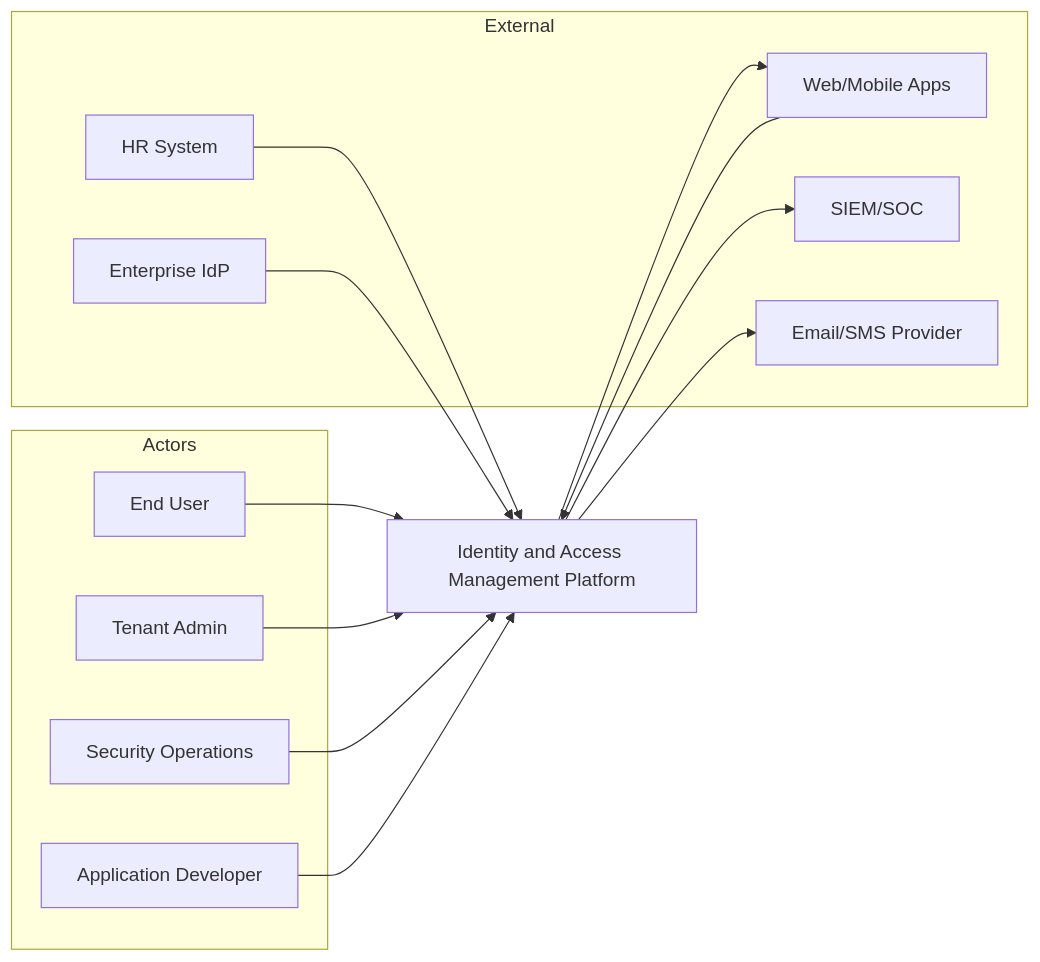
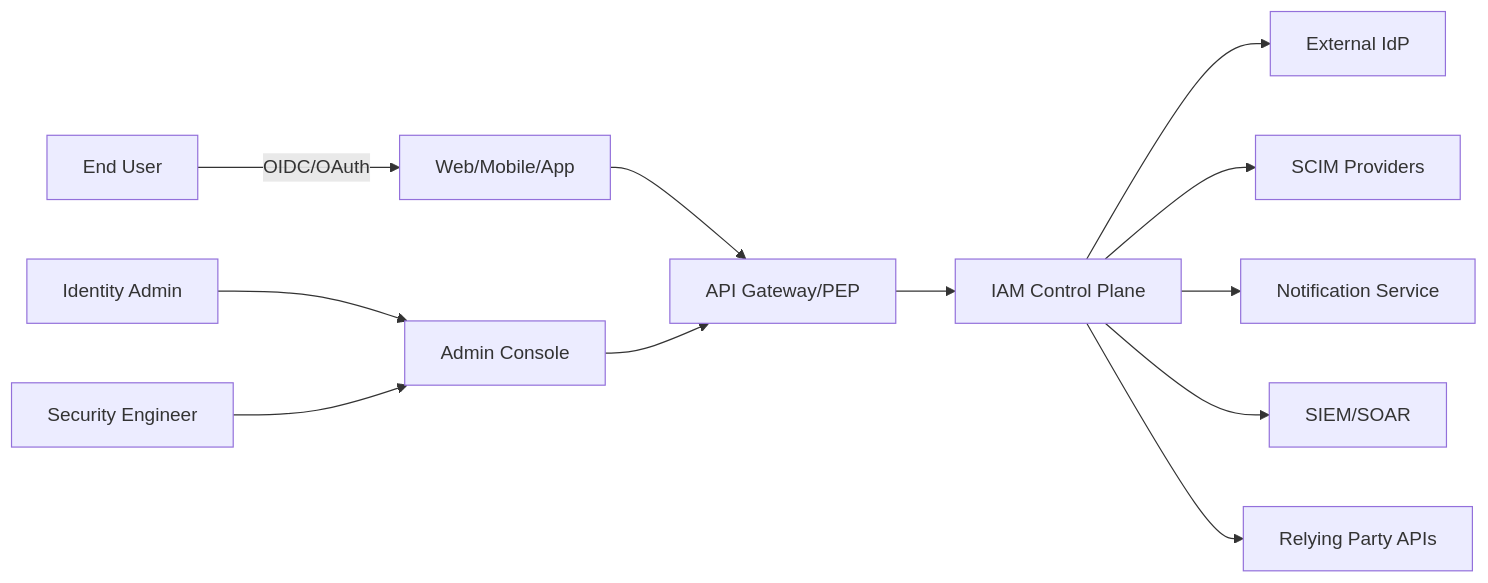
Before and after one commit to 0Ankit0/Project-Ideas: the diagram in Identity and Access Management Platform/analysis/system-context-diagram.md, drawn with Mermaid. The commit also changed other lines of this file and 37 other files, not shown here.

````diff
--- a/Identity and Access Management Platform/analysis/system-context-diagram.md
+++ b/Identity and Access Management Platform/analysis/system-context-diagram.md
@@ -3,31 +3,17 @@
 ```mermaid
 flowchart LR
-    subgraph Actors
-      EndUser[End User]
-      Admin[Tenant Admin]
-      SecOps[Security Operations]
-      Dev[Application Developer]
-    end
+    User[End User] -->|OIDC/OAuth| Channel[Web/Mobile/App]
+    Admin[Identity Admin] --> Console[Admin Console]
+    SecOps[Security Engineer] --> Console
 
-    IAM[Identity and Access Management Platform]
+    Channel --> APIGW[API Gateway/PEP]
+    Console --> APIGW
 
-    subgraph External
-      App1[Web/Mobile Apps]
-      HR[HR System]
-      SIEM[SIEM/SOC]
-      SMS[Email/SMS Provider]
-      IdP[Enterprise IdP]
-    end
+    APIGW --> IAM[IAM Control Plane]
+    IAM --> IdP[External IdP]
+    IAM --> SCIM[SCIM Providers]
+    IAM --> Notify[Notification Service]
+    IAM --> SIEM[SIEM/SOAR]
 
-    EndUser --> IAM
-    Admin --> IAM
-    SecOps --> IAM
-    Dev --> IAM
-
-    App1 --> IAM
-    IAM --> App1
-    HR --> IAM
-    IAM --> SIEM
-    IAM --> SMS
-    IdP --> IAM
+    IAM --> RP[Relying Party APIs]
 ```
````
